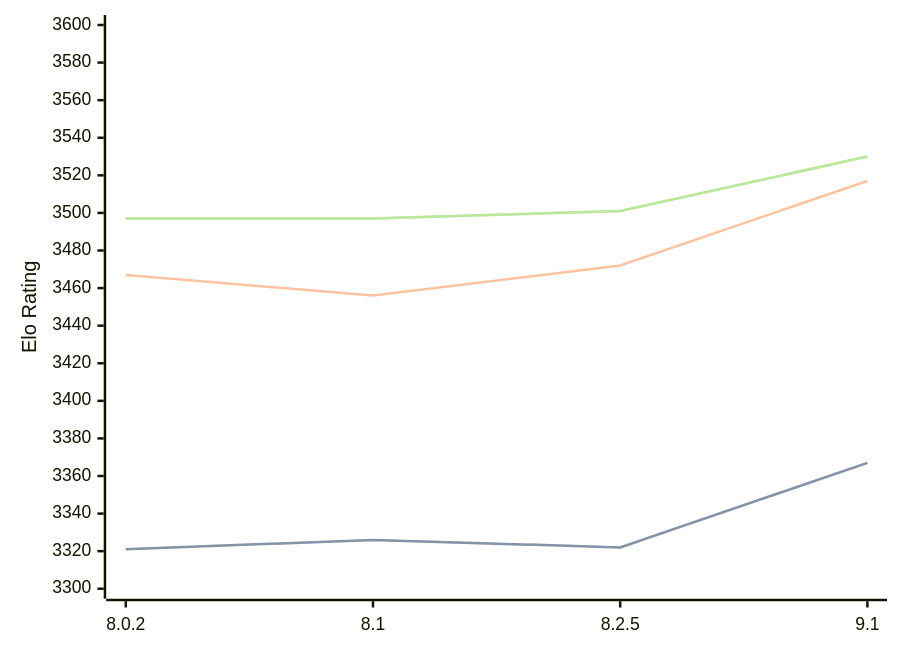
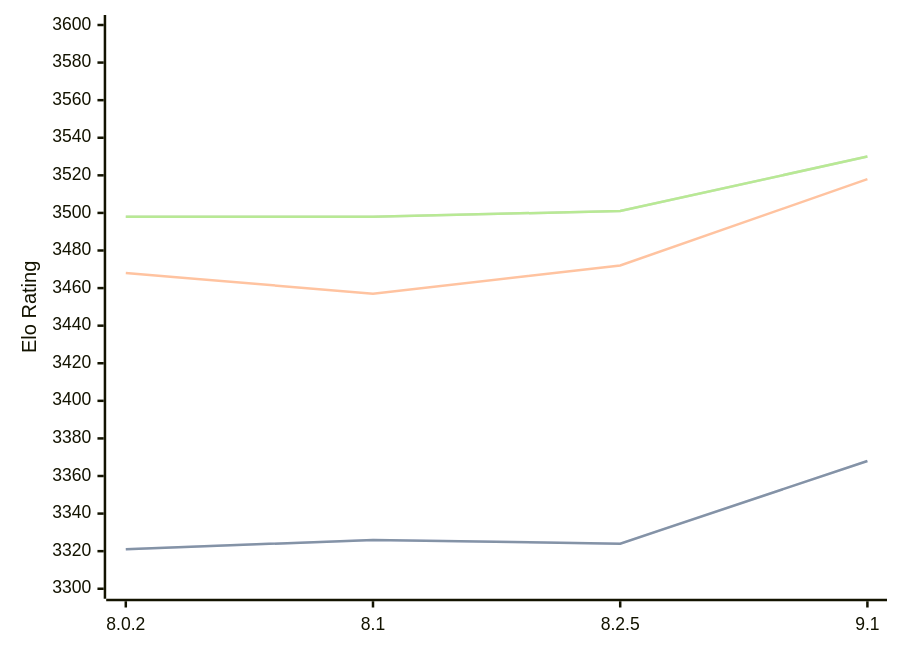
One commit to computer-chess-index/cci changed the first of 3 diagrams in engines/Clover.md. Above: the diagram before and after it, drawn with Mermaid. The commit also changed other lines of this file, not shown here.

Commit message:
Update CCI Ratings (ELO VLTC) - 2026-06-16

````diff
--- a/engines/Clover.md
+++ b/engines/Clover.md
@@ -64,11 +64,11 @@
 ```mermaid
 %%{init: {"theme":"base","themeVariables":{"seriesColors:['#a3a3a3','#222221','#faa371']}}}%%
 xychart-beta
   x-axis ["8.0.2", "8.1", "8.2.5", "9.1"]
   y-axis "Elo Rating" 3300 --> 3600
-  line "STC (8.0+0.08s)" [3321, 3326, 3322, 3367]
-  line "STC (8.0+0.08s)" [3321, 3326, 3322, 3367]
-  line "LTC (60.0+0.60s)" [3467, 3456, 3472, 3517]
-  line "VLTC (2m24s+1.12s)" [3497, 3497, 3501, 3530]
-  line "VLTC (2m24s+1.12s)" [3497, 3497, 3501, 3530]
+  line "STC (8.0+0.08s)" [3321, 3326, 3324, 3368]
+  line "STC (8.0+0.08s)" [3321, 3326, 3324, 3368]
+  line "LTC (60.0+0.60s)" [3468, 3457, 3472, 3518]
+  line "VLTC (2m24s+1.12s)" [3498, 3498, 3501, 3530]
+  line "VLTC (2m24s+1.12s)" [3498, 3498, 3501, 3530]
 ```
````
